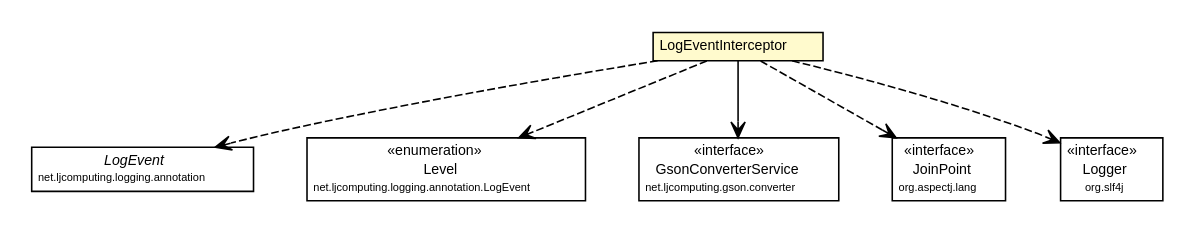
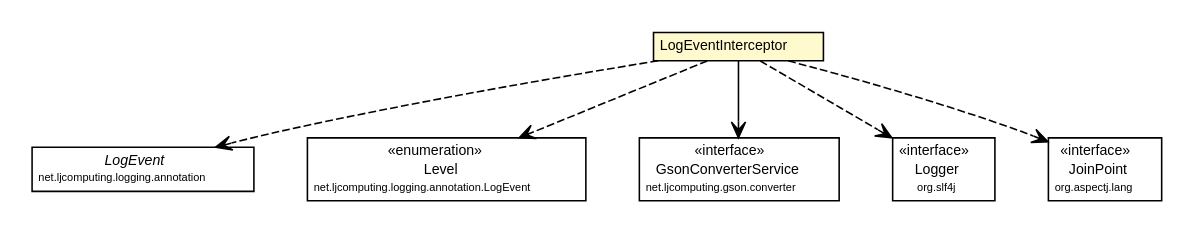
The diagram in docs/javadoc/apidocs/net/ljcomputing/logging/LogEventInterceptor.dot (willmorejg/net.ljcomputing.logging), drawn with Graphviz before and after one commit. The commit also changed 54 other files, not shown here.

```diff
--- a/docs/javadoc/apidocs/net/ljcomputing/logging/LogEventInterceptor.dot
+++ b/docs/javadoc/apidocs/net/ljcomputing/logging/LogEventInterceptor.dot
@@ -1,67 +1,67 @@
 #!/usr/local/bin/dot
 #
 # Class diagram 
 # Generated by UMLGraph version R5_6 (http://www.umlgraph.org/)
 #
 
 digraph G {
 	edge [fontname="Helvetica",fontsize=10,labelfontname="Helvetica",labelfontsize=10];
 	node [fontname="Helvetica",fontsize=10,shape=plaintext];
 	nodesep=0.25;
 	ranksep=0.5;
 	// net.ljcomputing.logging.LogEventInterceptor
 	c80 [label=<<table title="net.ljcomputing.logging.LogEventInterceptor" border="0" cellborder="1" cellspacing="0" cellpadding="2" port="p" bgcolor="lemonChiffon" href="./LogEventInterceptor.html">
 		<tr><td><table border="0" cellspacing="0" cellpadding="1">
 <tr><td align="center" balign="center"> LogEventInterceptor </td></tr>
 		</table></td></tr>
 		</table>>, URL="./LogEventInterceptor.html", fontname="Helvetica", fontcolor="black", fontsize=9.0];
 	// net.ljcomputing.logging.annotation.LogEvent
 	c82 [label=<<table title="net.ljcomputing.logging.annotation.LogEvent" border="0" cellborder="1" cellspacing="0" cellpadding="2" port="p" href="./annotation/LogEvent.html">
 		<tr><td><table border="0" cellspacing="0" cellpadding="1">
 <tr><td align="center" balign="center"><font face="Helvetica-Oblique"> LogEvent </font></td></tr>
 <tr><td align="center" balign="center"><font point-size="7.0"> net.ljcomputing.logging.annotation </font></td></tr>
 		</table></td></tr>
 		</table>>, URL="./annotation/LogEvent.html", fontname="Helvetica", fontcolor="black", fontsize=9.0];
 	// net.ljcomputing.logging.annotation.LogEvent.Level
 	c83 [label=<<table title="net.ljcomputing.logging.annotation.LogEvent.Level" border="0" cellborder="1" cellspacing="0" cellpadding="2" port="p" href="./annotation/LogEvent.Level.html">
 		<tr><td><table border="0" cellspacing="0" cellpadding="1">
 <tr><td align="center" balign="center"> &#171;enumeration&#187; </td></tr>
 <tr><td align="center" balign="center"> Level </td></tr>
 <tr><td align="center" balign="center"><font point-size="7.0"> net.ljcomputing.logging.annotation.LogEvent </font></td></tr>
 		</table></td></tr>
 		</table>>, URL="./annotation/LogEvent.Level.html", fontname="Helvetica", fontcolor="black", fontsize=9.0];
 	// net.ljcomputing.logging.LogEventInterceptor NAVASSOC net.ljcomputing.gson.converter.GsonConverterService
 	c80:p -> c86:p [taillabel="", label="", headlabel="", fontname="Helvetica", fontcolor="black", fontsize=10.0, color="black", arrowhead=open];
+	// net.ljcomputing.logging.LogEventInterceptor DEPEND org.slf4j.Logger
+	c80:p -> c87:p [taillabel="", label="", headlabel="", fontname="Helvetica", fontcolor="black", fontsize=10.0, color="black", arrowhead=open, style=dashed];
+	// net.ljcomputing.logging.LogEventInterceptor DEPEND net.ljcomputing.logging.annotation.LogEvent.Level
+	c80:p -> c83:p [taillabel="", label="", headlabel="", fontname="Helvetica", fontcolor="black", fontsize=10.0, color="black", arrowhead=open, style=dashed];
 	// net.ljcomputing.logging.LogEventInterceptor DEPEND org.aspectj.lang.JoinPoint
-	c80:p -> c87:p [taillabel="", label="", headlabel="", fontname="Helvetica", fontcolor="black", fontsize=10.0, color="black", arrowhead=open, style=dashed];
+	c80:p -> c88:p [taillabel="", label="", headlabel="", fontname="Helvetica", fontcolor="black", fontsize=10.0, color="black", arrowhead=open, style=dashed];
 	// net.ljcomputing.logging.LogEventInterceptor DEPEND net.ljcomputing.logging.annotation.LogEvent
 	c80:p -> c82:p [taillabel="", label="", headlabel="", fontname="Helvetica", fontcolor="black", fontsize=10.0, color="black", arrowhead=open, style=dashed];
-	// net.ljcomputing.logging.LogEventInterceptor DEPEND org.slf4j.Logger
-	c80:p -> c88:p [taillabel="", label="", headlabel="", fontname="Helvetica", fontcolor="black", fontsize=10.0, color="black", arrowhead=open, style=dashed];
-	// net.ljcomputing.logging.LogEventInterceptor DEPEND net.ljcomputing.logging.annotation.LogEvent.Level
-	c80:p -> c83:p [taillabel="", label="", headlabel="", fontname="Helvetica", fontcolor="black", fontsize=10.0, color="black", arrowhead=open, style=dashed];
 	// org.slf4j.Logger
-	c88 [label=<<table title="org.slf4j.Logger" border="0" cellborder="1" cellspacing="0" cellpadding="2" port="p" href="http://java.sun.com/j2se/1.4.2/docs/api/org/slf4j/Logger.html">
+	c87 [label=<<table title="org.slf4j.Logger" border="0" cellborder="1" cellspacing="0" cellpadding="2" port="p" href="http://java.sun.com/j2se/1.4.2/docs/api/org/slf4j/Logger.html">
 		<tr><td><table border="0" cellspacing="0" cellpadding="1">
 <tr><td align="center" balign="center"> &#171;interface&#187; </td></tr>
 <tr><td align="center" balign="center"> Logger </td></tr>
 <tr><td align="center" balign="center"><font point-size="7.0"> org.slf4j </font></td></tr>
 		</table></td></tr>
 		</table>>, URL="http://java.sun.com/j2se/1.4.2/docs/api/org/slf4j/Logger.html", fontname="Helvetica", fontcolor="black", fontsize=9.0];
 	// net.ljcomputing.gson.converter.GsonConverterService
 	c86 [label=<<table title="net.ljcomputing.gson.converter.GsonConverterService" border="0" cellborder="1" cellspacing="0" cellpadding="2" port="p" href="http://java.sun.com/j2se/1.4.2/docs/api/net/ljcomputing/gson/converter/GsonConverterService.html">
 		<tr><td><table border="0" cellspacing="0" cellpadding="1">
 <tr><td align="center" balign="center"> &#171;interface&#187; </td></tr>
 <tr><td align="center" balign="center"> GsonConverterService </td></tr>
 <tr><td align="center" balign="center"><font point-size="7.0"> net.ljcomputing.gson.converter </font></td></tr>
 		</table></td></tr>
 		</table>>, URL="http://java.sun.com/j2se/1.4.2/docs/api/net/ljcomputing/gson/converter/GsonConverterService.html", fontname="Helvetica", fontcolor="black", fontsize=9.0];
 	// org.aspectj.lang.JoinPoint
-	c87 [label=<<table title="org.aspectj.lang.JoinPoint" border="0" cellborder="1" cellspacing="0" cellpadding="2" port="p" href="http://java.sun.com/j2se/1.4.2/docs/api/org/aspectj/lang/JoinPoint.html">
+	c88 [label=<<table title="org.aspectj.lang.JoinPoint" border="0" cellborder="1" cellspacing="0" cellpadding="2" port="p" href="http://java.sun.com/j2se/1.4.2/docs/api/org/aspectj/lang/JoinPoint.html">
 		<tr><td><table border="0" cellspacing="0" cellpadding="1">
 <tr><td align="center" balign="center"> &#171;interface&#187; </td></tr>
 <tr><td align="center" balign="center"> JoinPoint </td></tr>
 <tr><td align="center" balign="center"><font point-size="7.0"> org.aspectj.lang </font></td></tr>
 		</table></td></tr>
 		</table>>, URL="http://java.sun.com/j2se/1.4.2/docs/api/org/aspectj/lang/JoinPoint.html", fontname="Helvetica", fontcolor="black", fontsize=9.0];
 }
```
